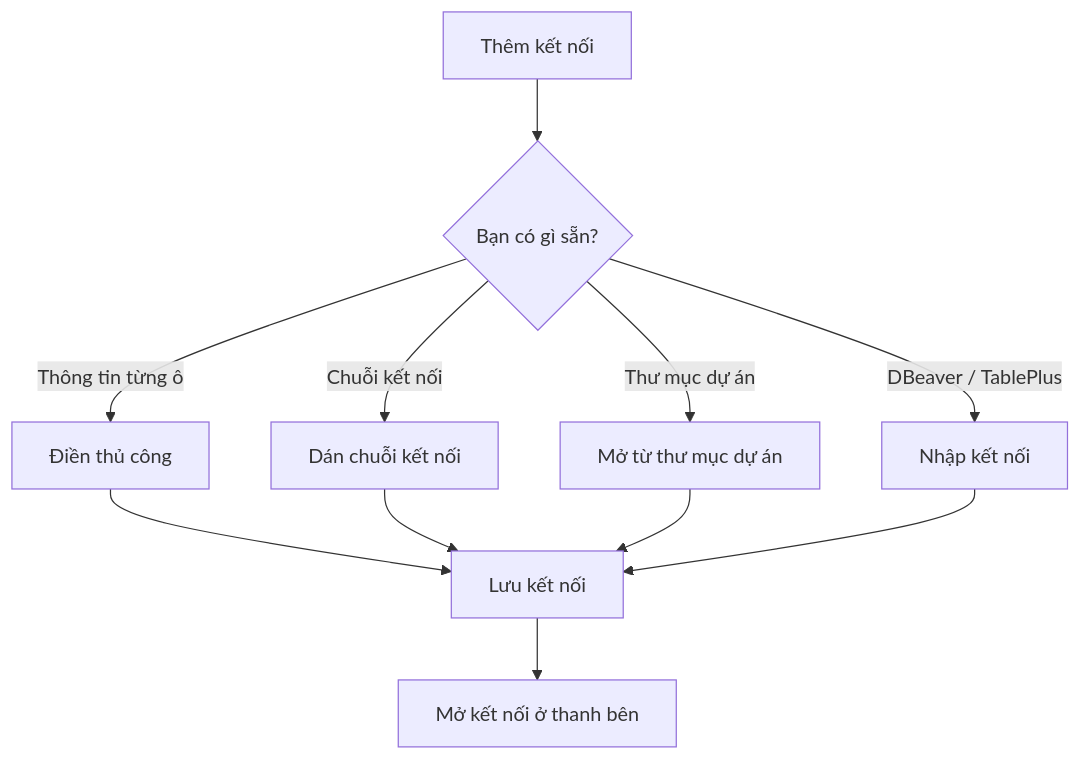
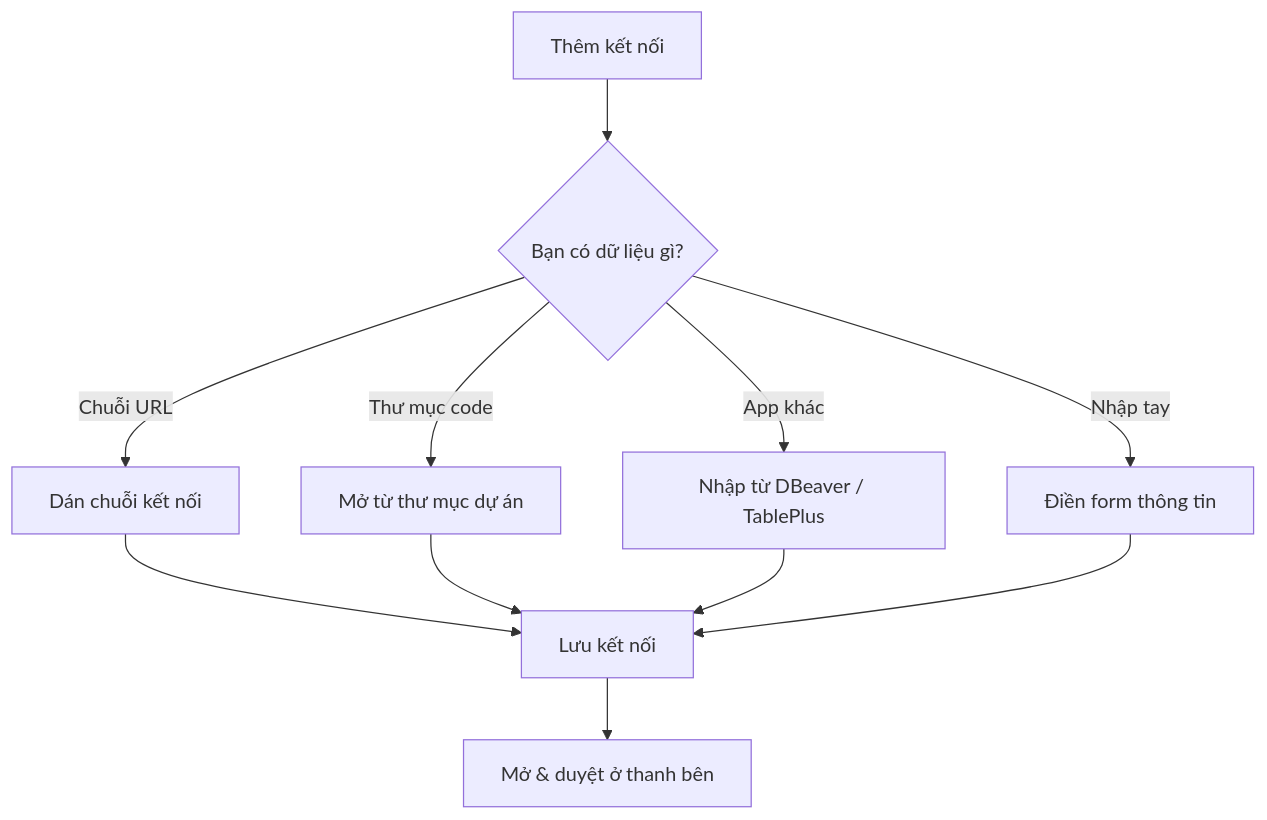
The second of 6 diagrams in HUONG_DAN_SU_DUNG.md (bakaryuu1997-sys/Tabularis), drawn with Mermaid before and after one commit. The commit also changed other lines of this file and 1 other file, not shown here.

Commit message:
docs: streamline Vietnamese user guide for direct app usage without install boilerplate

````diff
--- a/HUONG_DAN_SU_DUNG.md
+++ b/HUONG_DAN_SU_DUNG.md
@@ -108,13 +78,13 @@
 ```mermaid
 flowchart TD
-  S[Thêm kết nối] --> T{Bạn có gì sẵn?}
-  T -->|Thông tin từng ô| M[Điền thủ công]
-  T -->|Chuỗi kết nối| C[Dán chuỗi kết nối]
-  T -->|Thư mục dự án| P[Mở từ thư mục dự án]
-  T -->|DBeaver / TablePlus| I[Nhập kết nối]
-  M --> OK[Lưu kết nối]
-  C --> OK
+  S["Thêm kết nối"] --> T{"Bạn có dữ liệu gì?"}
+  T -->|"Chuỗi URL"| C["Dán chuỗi kết nối"]
+  T -->|"Thư mục code"| P["Mở từ thư mục dự án"]
+  T -->|"App khác"| I["Nhập từ DBeaver / TablePlus"]
+  T -->|"Nhập tay"| M["Điền form thông tin"]
+  C --> OK["Lưu kết nối"]
   P --> OK
   I --> OK
-  OK --> U[Mở kết nối ở thanh bên]
+  M --> OK
+  OK --> U["Mở & duyệt ở thanh bên"]
 ```
````
